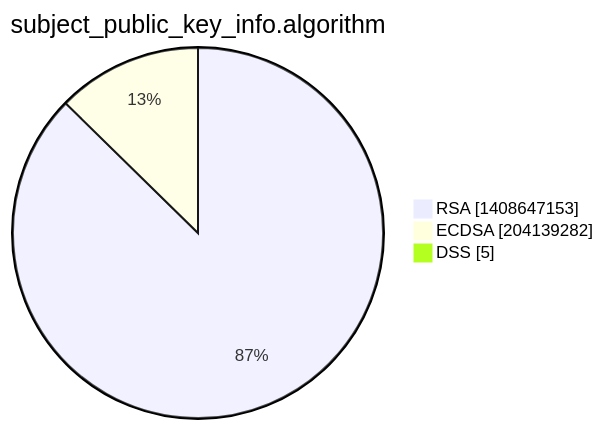
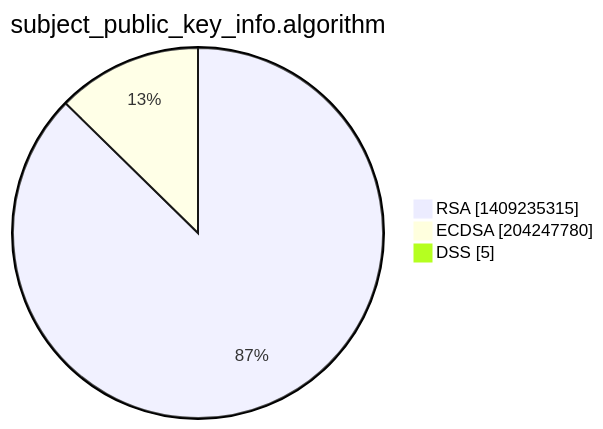
One commit to christiankrug/ctmonitor_visualization changed the third of 15 diagrams in xenon2022/README.md. Above: the diagram before and after it, drawn with Mermaid. The commit also changed other lines of this file, not shown here.

````diff
--- a/xenon2022/README.md
+++ b/xenon2022/README.md
@@ -14,7 +14,7 @@
 ```mermaid
 pie showData
 title subject_public_key_info.algorithm
-"RSA" :1408647153
-"ECDSA" :204139282
+"RSA" :1409235315
+"ECDSA" :204247780
 "DSS" :5
 ```
````
